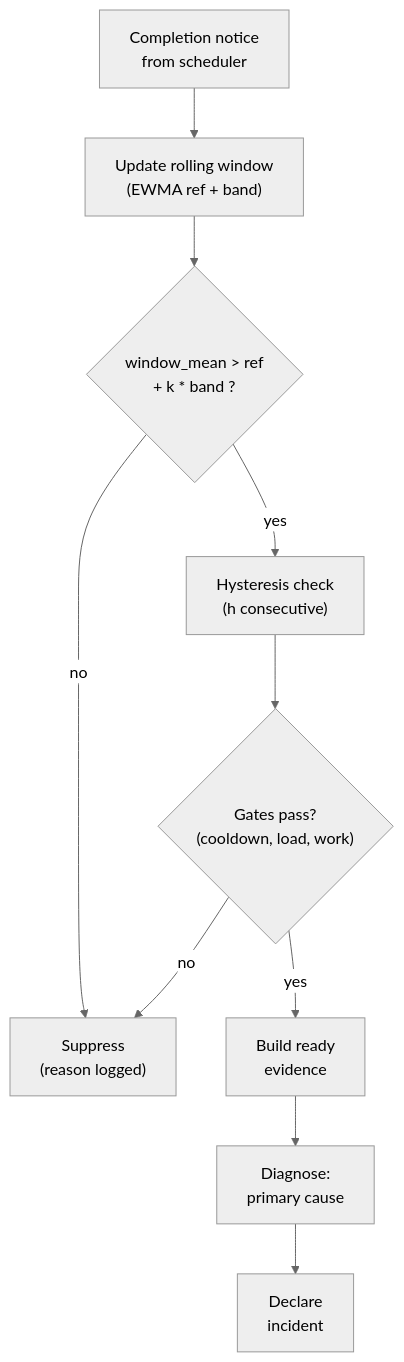
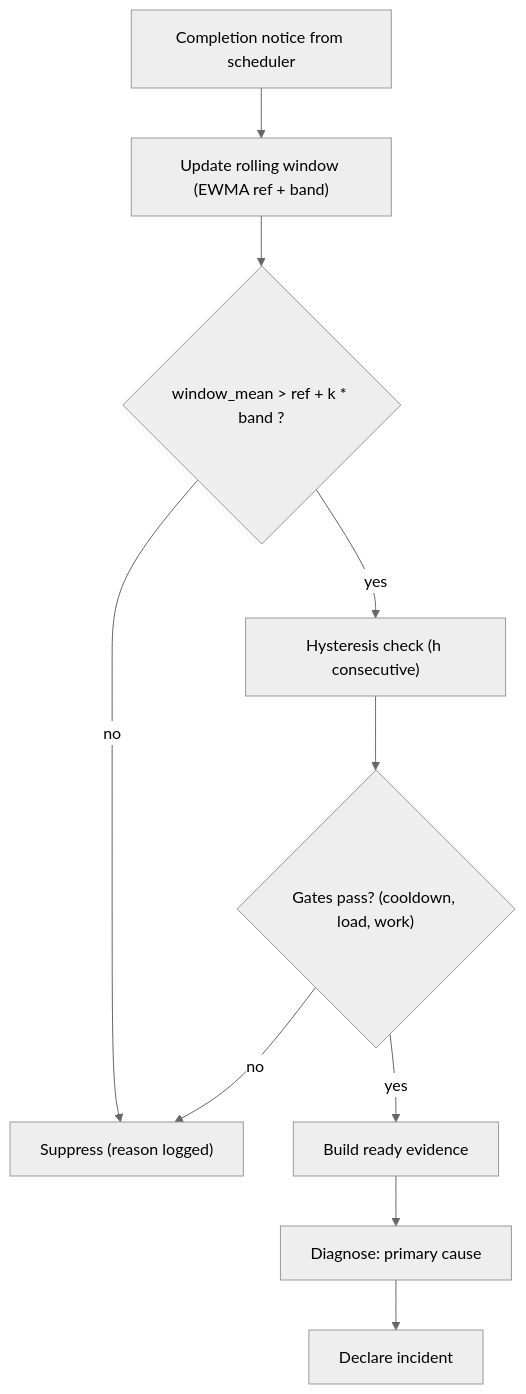
Before and after one commit to lostpilot404/OS-Project: the fourth of 7 diagrams in submission/review-3/diagrams/figures_mermaid.md, drawn with Mermaid (neutral theme). The commit also changed other lines of this file and 6 other files, not shown here.

First line of the commit message:
Fix table widths and Mermaid diagram placement

````diff
--- a/submission/review-3/diagrams/figures_mermaid.md
+++ b/submission/review-3/diagrams/figures_mermaid.md
@@ -107,12 +75,12 @@
 ```mermaid
 flowchart TD
-    CN["Completion notice<br/>from scheduler"] --> RW["Update rolling window<br/>(EWMA ref + band)"]
-    RW --> TH{"window_mean > ref<br/>+ k * band ?"}
-    TH -- "yes" --> HY["Hysteresis check<br/>(h consecutive)"]
-    TH -- "no" --> SU["Suppress<br/>(reason logged)"]
-    HY --> GA{"Gates pass?<br/>(cooldown, load, work)"}
-    GA -- "yes" --> RE["Build ready<br/>evidence"]
+    CN["Completion notice from scheduler"] --> RW["Update rolling window (EWMA ref + band)"]
+    RW --> TH{"window_mean > ref + k * band ?"}
+    TH -- "yes" --> HY["Hysteresis check (h consecutive)"]
+    TH -- "no" --> SU["Suppress (reason logged)"]
+    HY --> GA{"Gates pass? (cooldown, load, work)"}
+    GA -- "yes" --> RE["Build ready evidence"]
     GA -- "no" --> SU
-    RE --> DG["Diagnose:<br/>primary cause"]
-    DG --> DI["Declare<br/>incident"]
+    RE --> DG["Diagnose: primary cause"]
+    DG --> DI["Declare incident"]
 ```
````
